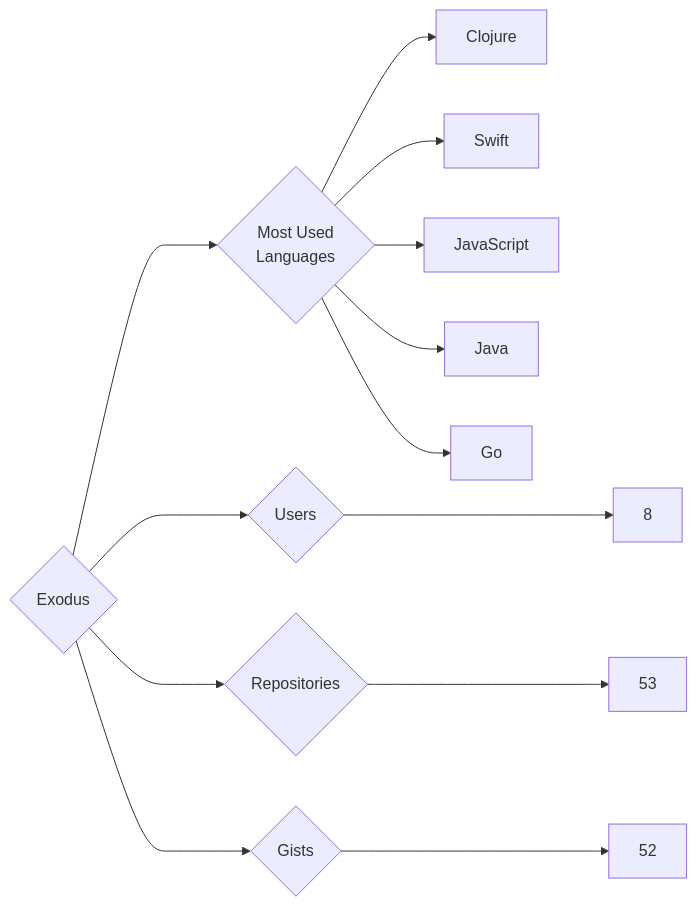
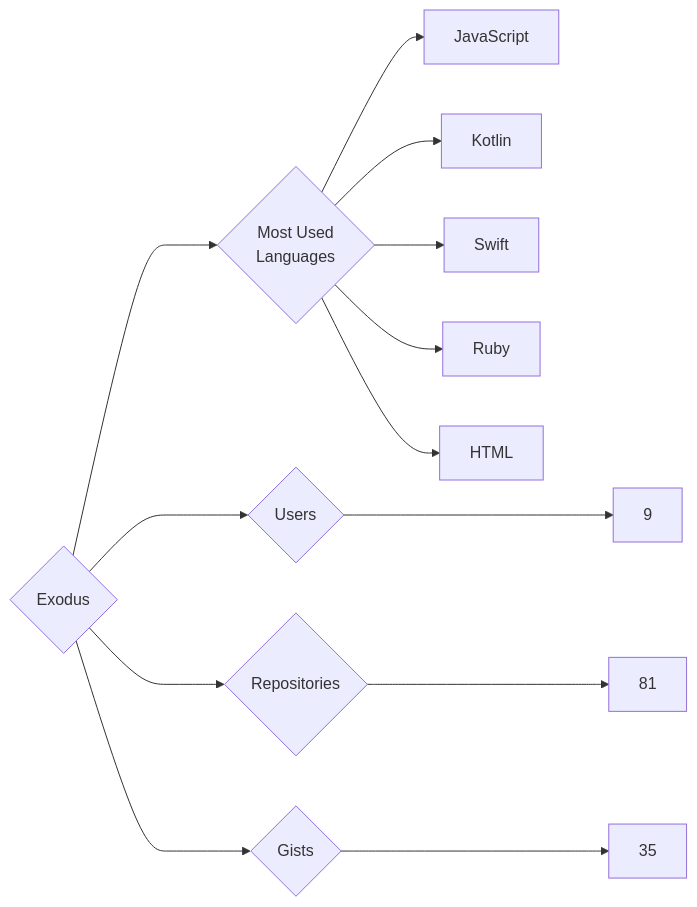
Before and after one commit to trickest/insiders: the diagram in targets/Exodus/README.md, drawn with Mermaid. The commit also changed 933 other files, not shown here.

````diff
--- a/targets/Exodus/README.md
+++ b/targets/Exodus/README.md
@@ -3,13 +3,13 @@
 ```mermaid
 graph LR
 COMPANY_NAME{Exodus}
-COMPANY_NAME ---> U{Users} ---> UN[8]
-COMPANY_NAME ---> R{Repositories} ---> RN[53]
-COMPANY_NAME ---> G{Gists} ---> GN[52]
+COMPANY_NAME ---> U{Users} ---> UN[9]
+COMPANY_NAME ---> R{Repositories} ---> RN[81]
+COMPANY_NAME ---> G{Gists} ---> GN[35]
 COMPANY_NAME ---> ML{Most Used<br>Languages}
-ML --> Clojure[Clojure]
+ML --> JavaScript[JavaScript]
+ML --> Kotlin[Kotlin]
 ML --> Swift[Swift]
-ML --> JavaScript[JavaScript]
-ML --> Java[Java]
-ML --> Go[Go]
+ML --> Ruby[Ruby]
+ML --> HTML[HTML]
 ```
````
